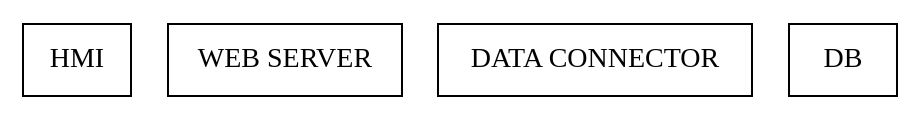
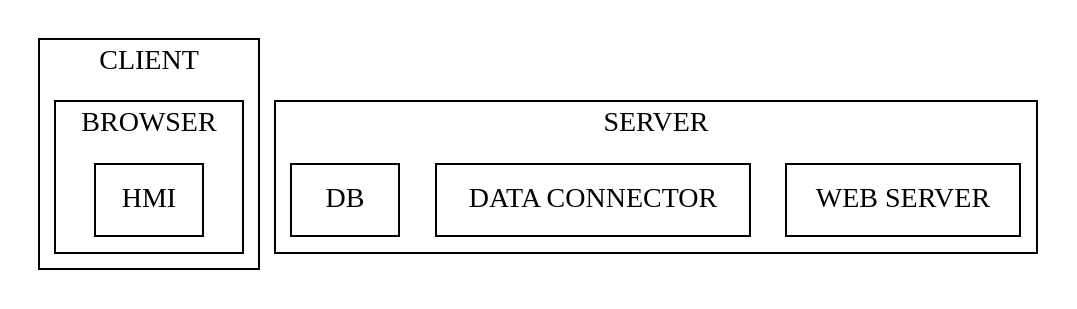
The diagram in wiki/components.dot (MGuillaumeF/hangman-game), drawn with Graphviz before and after one commit.

```diff
--- a/wiki/components.dot
+++ b/wiki/components.dot
@@ -1,22 +1,22 @@
 digraph Component {
 
   node [shape=record];
 
-  subgraph client {
+  subgraph cluster_client {
     label = "CLIENT";
-    subgraph browser {
+    subgraph cluster_browser {
       label = "BROWSER";
       nd_1 [label = "HMI"];
     }
   }
 
-  subgraph server {
+  subgraph cluster_server {
     label = "SERVER";
     {
       rank=same 
       nd_2 [label = "WEB SERVER"];
       nd_3 [label = "DATA CONNECTOR"];
       nd_4 [label = "DB"];
     }
   }
 }
```
